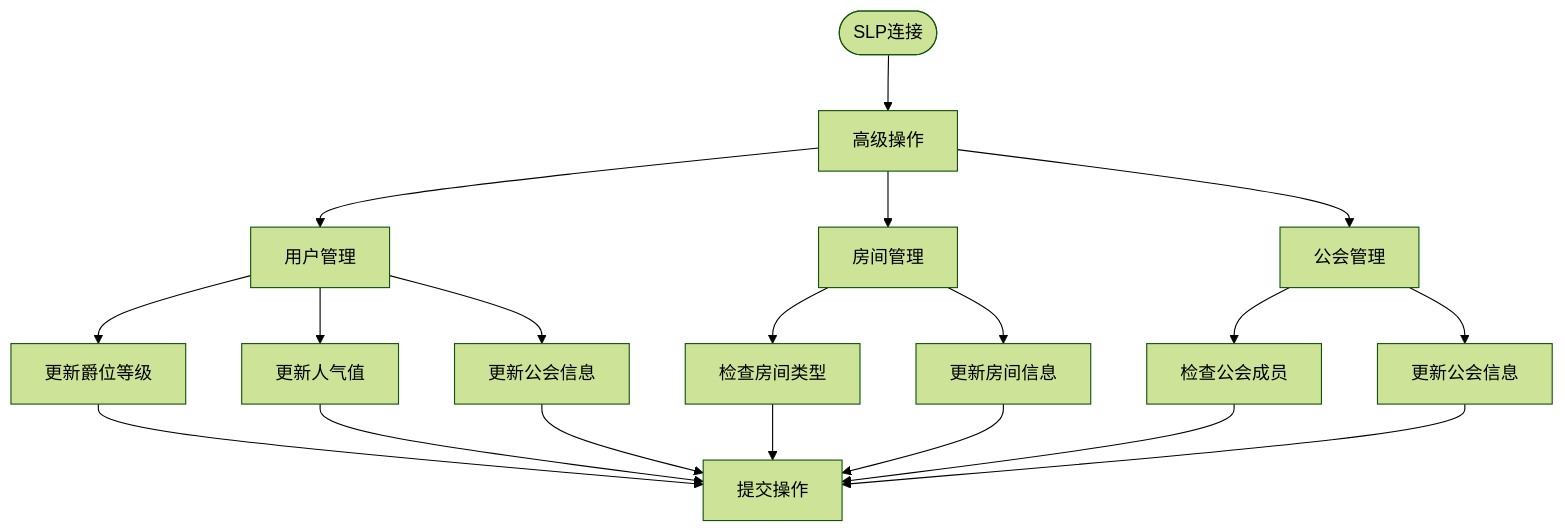
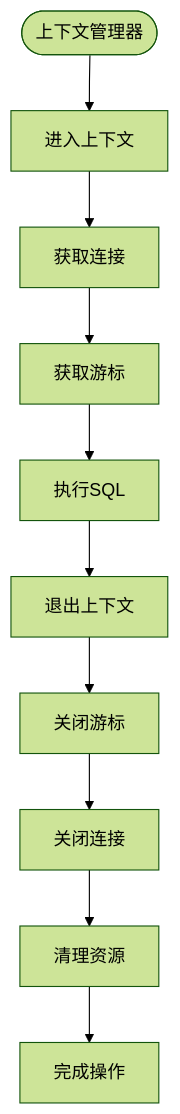
Before and after one commit to liximing1-ola/qa-payTest: the eighth of 16 diagrams in .qoder/repowiki/zh/content/数据库管理/MySQL连接管理.md, drawn with Mermaid (forest theme). The commit also changed other lines of this file and 6 other files, not shown here.

````diff
--- a/.qoder/repowiki/zh/content/数据库管理/MySQL连接管理.md
+++ b/.qoder/repowiki/zh/content/数据库管理/MySQL连接管理.md
@@ -339,21 +341,12 @@
 ```mermaid
 flowchart TD
-Start([SLP连接]) --> AdvancedOps[高级操作]
-AdvancedOps --> UserManagement[用户管理]
-AdvancedOps --> RoomManagement[房间管理]
-AdvancedOps --> BrokerManagement[公会管理]
-UserManagement --> UpdateTitle[更新爵位等级]
-UserManagement --> UpdatePopularity[更新人气值]
-UserManagement --> UpdateBroker[更新公会信息]
-RoomManagement --> CheckRoomType[检查房间类型]
-RoomManagement --> UpdateRoom[更新房间信息]
-BrokerManagement --> CheckBroker[检查公会成员]
-BrokerManagement --> UpdateBrokerInfo[更新公会信息]
-UpdateTitle --> Commit[提交操作]
-UpdatePopularity --> Commit
-UpdateBroker --> Commit
-CheckRoomType --> Commit
-UpdateRoom --> Commit
-CheckBroker --> Commit
-UpdateBrokerInfo --> Commit
+Context([上下文管理器]) --> Enter[进入上下文]
+Enter --> GetConnection[获取连接]
+GetConnection --> GetCursor[获取游标]
+GetCursor --> Execute[执行SQL]
+Execute --> Exit[退出上下文]
+Exit --> CloseCursor[关闭游标]
+CloseCursor --> CloseConnection[关闭连接]
+CloseConnection --> Cleanup[清理资源]
+Cleanup --> Complete[完成操作]
 ```
````
